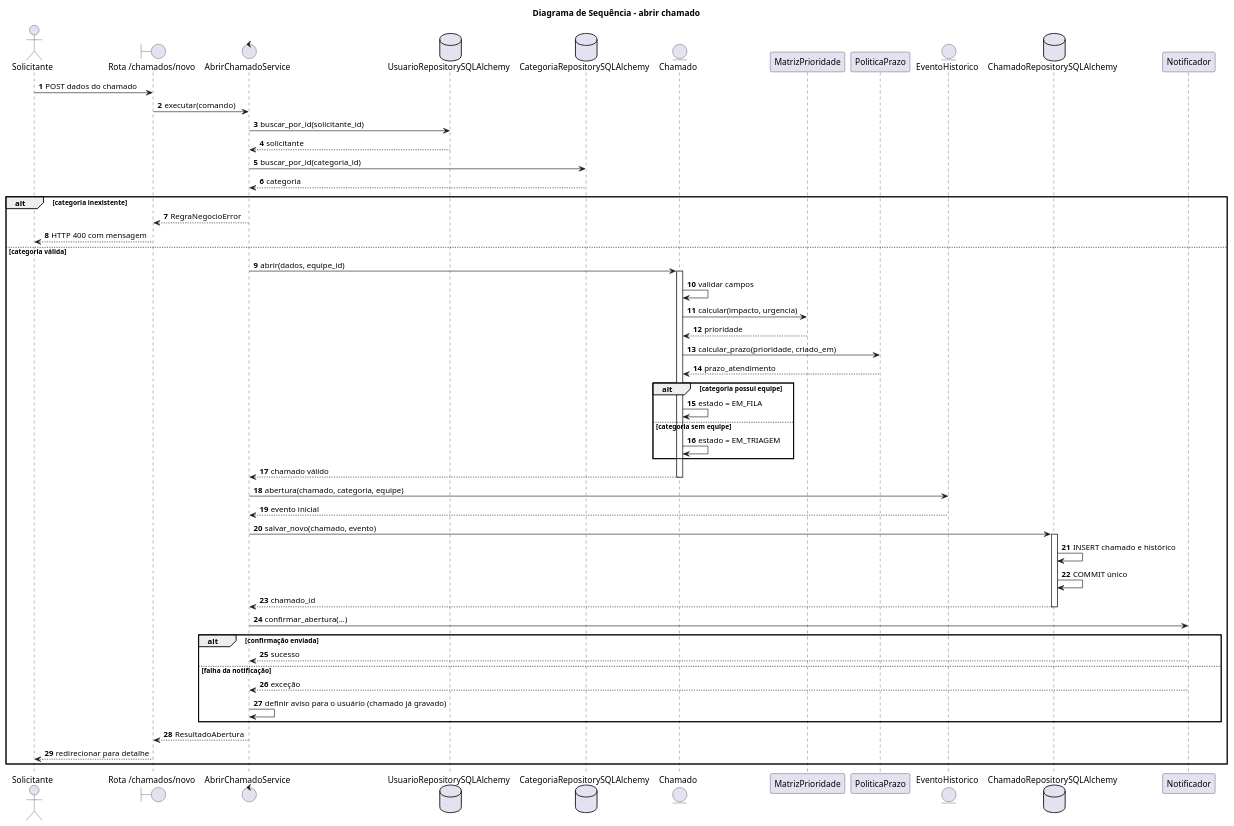
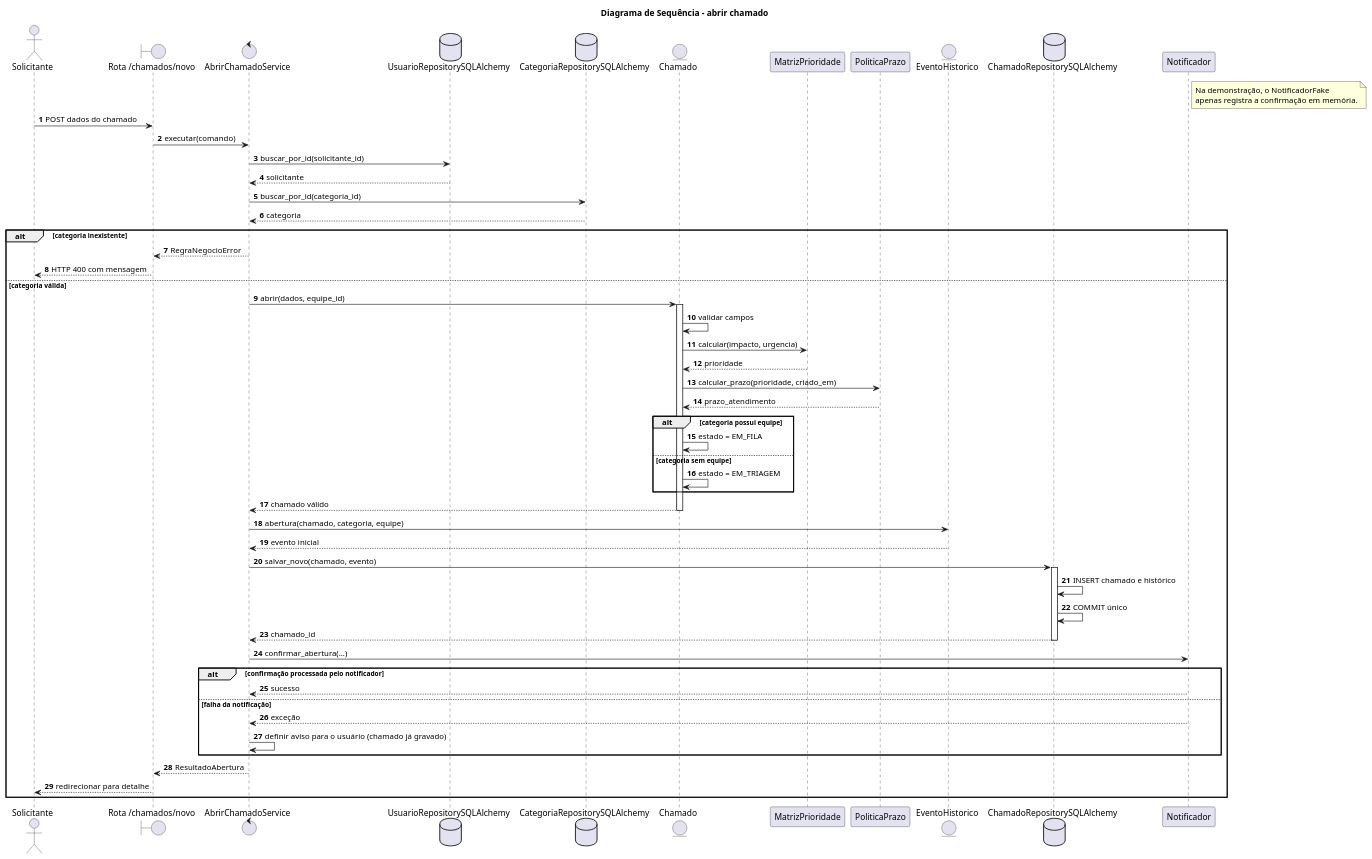
The diagram in docs/diagramas/sequencia.puml (ricardobacano/Trabalho-Design-), drawn with PlantUML before and after one commit. The commit also changed 11 other files, not shown here.

```diff
--- a/docs/diagramas/sequencia.puml
+++ b/docs/diagramas/sequencia.puml
@@ -1,62 +1,67 @@
 @startuml
 title Diagrama de Sequência - abrir chamado
 autonumber
 
 actor Solicitante
 boundary "Rota /chamados/novo" as Rota
 control AbrirChamadoService as Service
 database UsuarioRepositorySQLAlchemy as UserRepo
 database CategoriaRepositorySQLAlchemy as CatRepo
 entity Chamado
 participant MatrizPrioridade as Matriz
 participant PoliticaPrazo as Prazo
 entity EventoHistorico
 database ChamadoRepositorySQLAlchemy as ChamadoRepo
 participant Notificador as Notificador
+
+note right of Notificador
+  Na demonstração, o NotificadorFake
+  apenas registra a confirmação em memória.
+end note
 
 Solicitante -> Rota: POST dados do chamado
 Rota -> Service: executar(comando)
 Service -> UserRepo: buscar_por_id(solicitante_id)
 UserRepo --> Service: solicitante
 Service -> CatRepo: buscar_por_id(categoria_id)
 CatRepo --> Service: categoria
 
 alt categoria inexistente
   Service --> Rota: RegraNegocioError
   Rota --> Solicitante: HTTP 400 com mensagem
 else categoria válida
   Service -> Chamado: abrir(dados, equipe_id)
   activate Chamado
   Chamado -> Chamado: validar campos
   Chamado -> Matriz: calcular(impacto, urgencia)
   Matriz --> Chamado: prioridade
   Chamado -> Prazo: calcular_prazo(prioridade, criado_em)
   Prazo --> Chamado: prazo_atendimento
   alt categoria possui equipe
     Chamado -> Chamado: estado = EM_FILA
   else categoria sem equipe
     Chamado -> Chamado: estado = EM_TRIAGEM
   end
   Chamado --> Service: chamado válido
   deactivate Chamado
 
   Service -> EventoHistorico: abertura(chamado, categoria, equipe)
   EventoHistorico --> Service: evento inicial
   Service -> ChamadoRepo: salvar_novo(chamado, evento)
   activate ChamadoRepo
   ChamadoRepo -> ChamadoRepo: INSERT chamado e histórico
   ChamadoRepo -> ChamadoRepo: COMMIT único
   ChamadoRepo --> Service: chamado_id
   deactivate ChamadoRepo
 
   Service -> Notificador: confirmar_abertura(...)
-  alt confirmação enviada
+  alt confirmação processada pelo notificador
     Notificador --> Service: sucesso
   else falha da notificação
     Notificador --> Service: exceção
     Service -> Service: definir aviso para o usuário (chamado já gravado)
   end
   Service --> Rota: ResultadoAbertura
   Rota --> Solicitante: redirecionar para detalhe
 end
 @enduml
```
